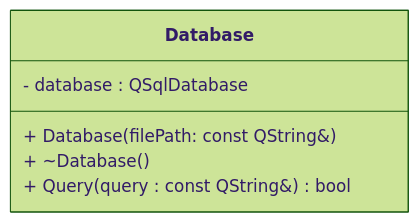
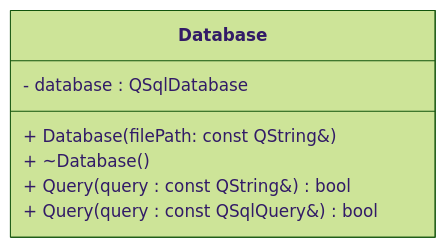
One commit to SUP3RBOB/project4_section1_group4 changed the third of 3 diagrams in README.md. Above: the diagram before and after it, drawn with Mermaid (forest theme). The commit also changed other lines of this file, not shown here.

````diff
--- a/README.md
+++ b/README.md
@@ -91,9 +92,10 @@
 ```mermaid
     classDiagram
         class Database {
             + Database(filePath: const QString&)
             + ~Database()
             - database : QSqlDatabase
             + Query(query : const QString&) bool
+            + Query(query : const QSqlQuery&) bool
         }
 ```
````
